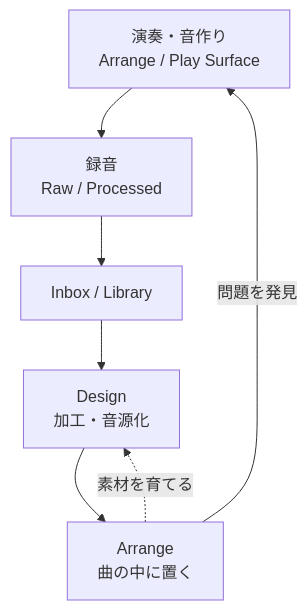
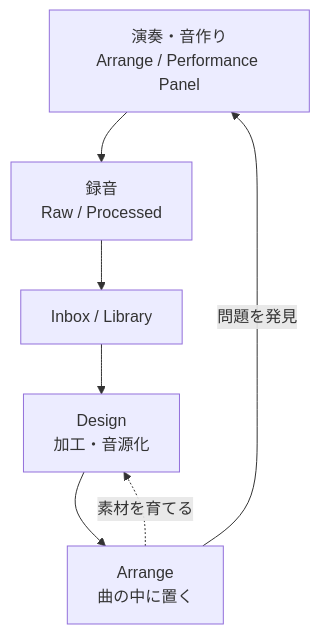
The third of 3 diagrams in docs/CONCEPT.md (endo-ly/riffra), drawn with Mermaid before and after one commit. The commit also changed other lines of this file and 30 other files, not shown here.

````diff
--- a/docs/CONCEPT.md
+++ b/docs/CONCEPT.md
@@ -108,9 +108,9 @@
 ```mermaid
 flowchart TD
-    P["演奏・音作り<br/>Arrange / Play Surface"] --> R["録音<br/>Raw / Processed"]
+    P["演奏・音作り<br/>Arrange / Performance Panel"] --> R["録音<br/>Raw / Processed"]
     R --> I["Inbox / Library"]
     I --> D["Design<br/>加工・音源化"]
     D --> A["Arrange<br/>曲の中に置く"]
     A -->|問題を発見| P
     A -.->|素材を育てる| D
 ```
````
